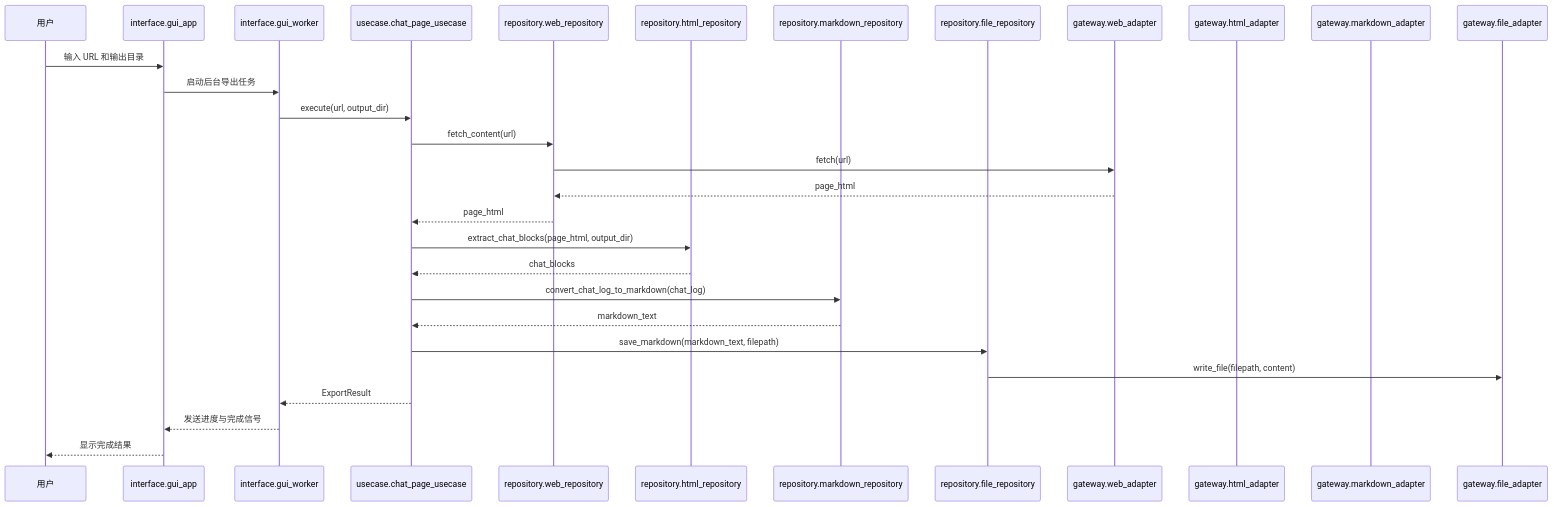
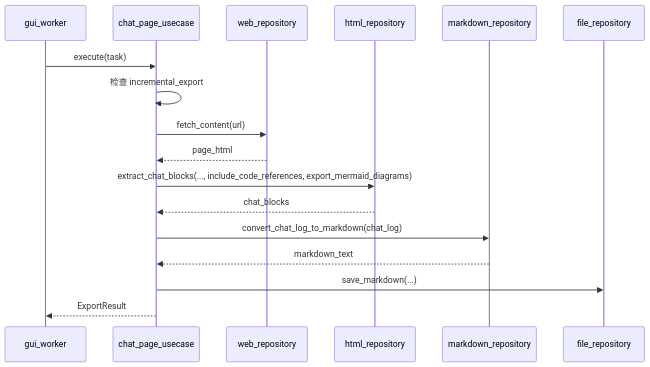
Before and after one commit to nzwl2020/deepwiki-to-md-gui: the third of 3 diagrams in docs/DEVELOPMENT.md, drawn with Mermaid. The commit also changed other lines of this file and 15 other files, not shown here.

Commit message:
feat(gui): add wiki page filtering, queue export and preview support

````diff
--- a/docs/DEVELOPMENT.md
+++ b/docs/DEVELOPMENT.md
@@ -118,37 +150,20 @@
 ```mermaid
 sequenceDiagram
-    participant User as 用户
-    participant GUI as interface.gui_app
-    participant Worker as interface.gui_worker
-    participant Usecase as usecase.chat_page_usecase
-    participant WebRepo as repository.web_repository
-    participant HtmlRepo as repository.html_repository
-    participant MdRepo as repository.markdown_repository
-    participant FileRepo as repository.file_repository
-    participant WebAdapter as gateway.web_adapter
-    participant HtmlAdapter as gateway.html_adapter
-    participant MdAdapter as gateway.markdown_adapter
-    participant FileAdapter as gateway.file_adapter
+    participant Worker as gui_worker
+    participant Usecase as chat_page_usecase
+    participant WebRepo as web_repository
+    participant HtmlRepo as html_repository
+    participant MdRepo as markdown_repository
+    participant FileRepo as file_repository
 
-    User->>GUI: 输入 URL 和输出目录
-    GUI->>Worker: 启动后台导出任务
-    Worker->>Usecase: execute(url, output_dir)
-
+    Worker->>Usecase: execute(task)
+    Usecase->>Usecase: 检查 incremental_export
     Usecase->>WebRepo: fetch_content(url)
-    WebRepo->>WebAdapter: fetch(url)
-    WebAdapter-->>WebRepo: page_html
     WebRepo-->>Usecase: page_html
-
-    Usecase->>HtmlRepo: extract_chat_blocks(page_html, output_dir)
+    Usecase->>HtmlRepo: extract_chat_blocks(..., include_code_references, export_mermaid_diagrams)
     HtmlRepo-->>Usecase: chat_blocks
-
     Usecase->>MdRepo: convert_chat_log_to_markdown(chat_log)
     MdRepo-->>Usecase: markdown_text
-
-    Usecase->>FileRepo: save_markdown(markdown_text, filepath)
-    FileRepo->>FileAdapter: write_file(filepath, content)
-
+    Usecase->>FileRepo: save_markdown(...)
     Usecase-->>Worker: ExportResult
-    Worker-->>GUI: 发送进度与完成信号
-    GUI-->>User: 显示完成结果
 ```
````
